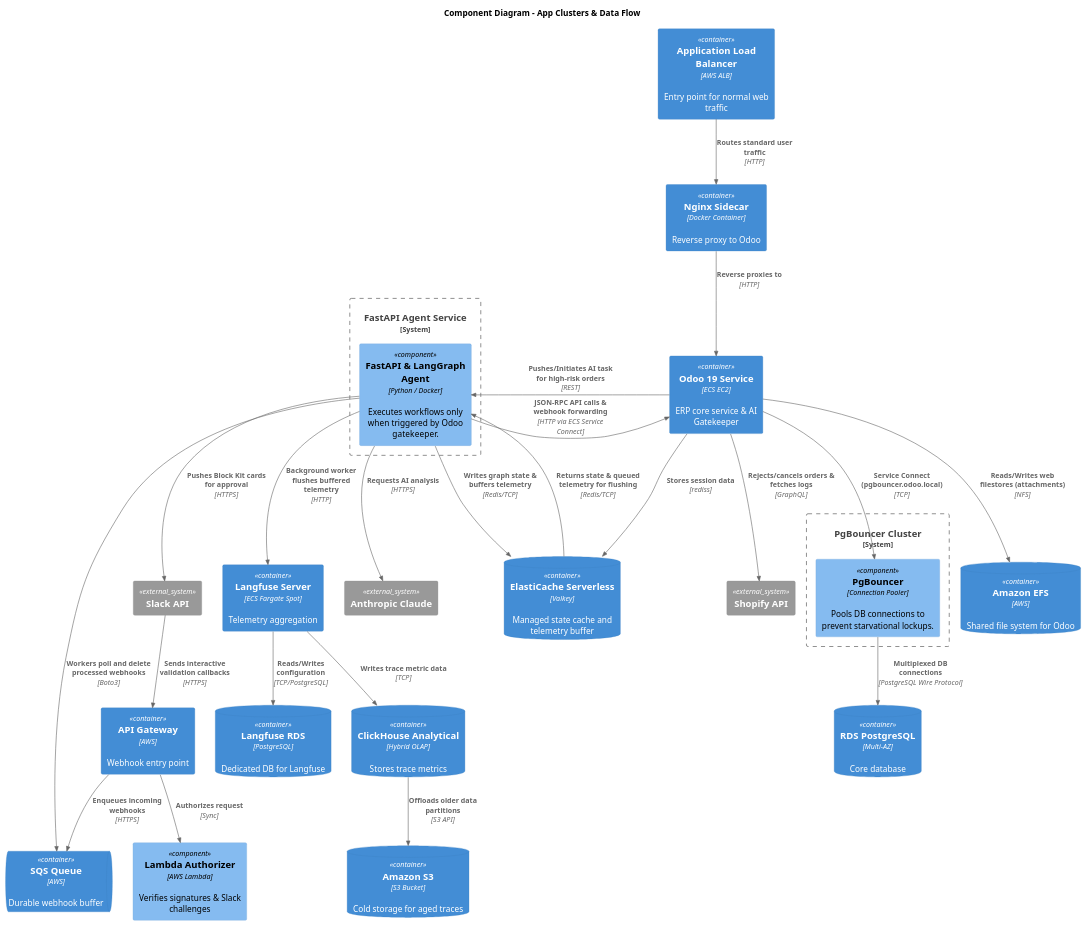
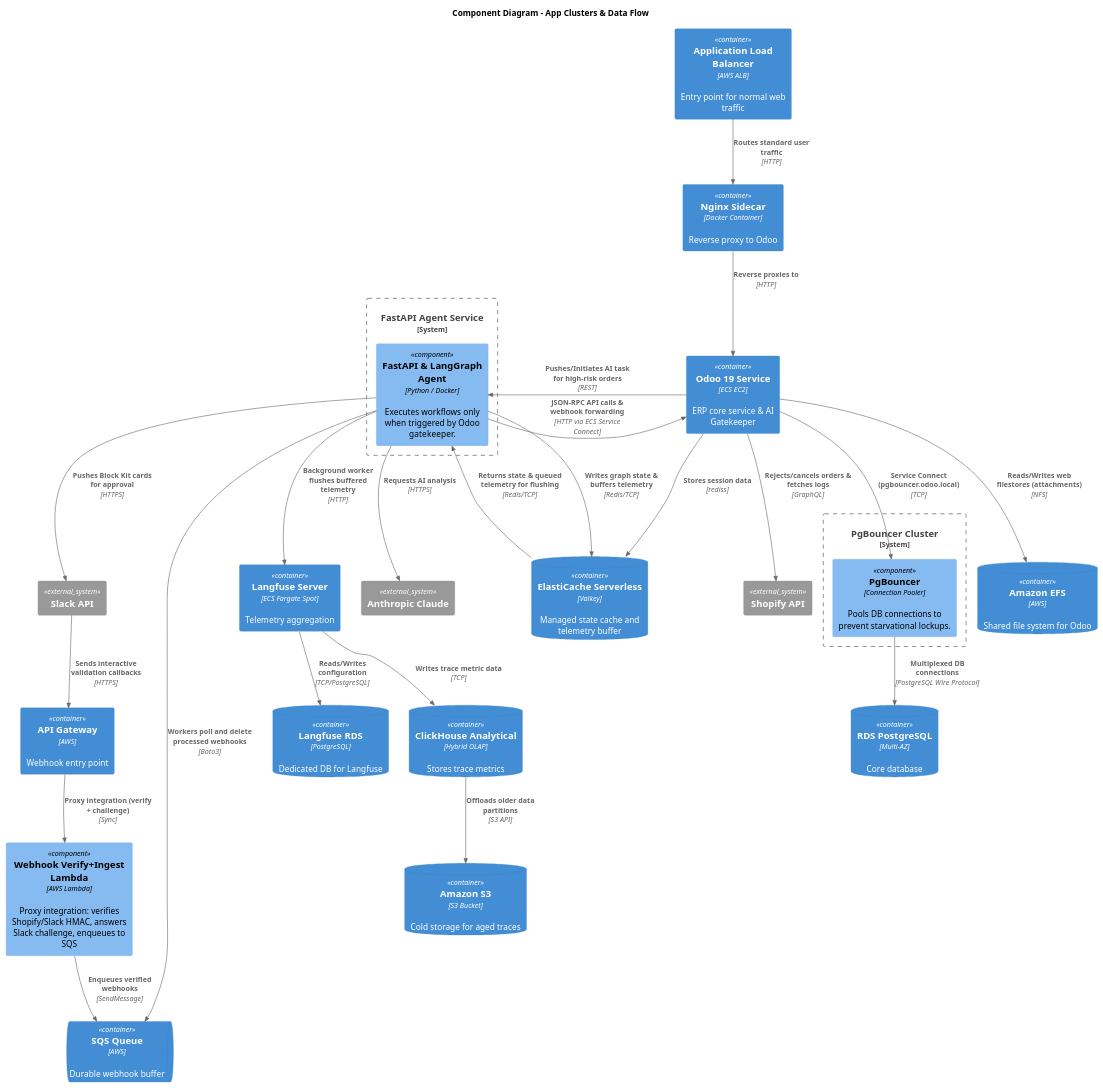
The diagram in docs/C4_Component.puml (jenisrowan/odoo-ai-ops), drawn with PlantUML before and after one commit. The commit also changed 133 other files, not shown here.

```diff
--- a/docs/C4_Component.puml
+++ b/docs/C4_Component.puml
@@ -1,59 +1,59 @@
 @startuml C4_Component
 !include https://raw.githubusercontent.com/plantuml-stdlib/C4-PlantUML/master/C4_Component.puml
 
 title Component Diagram - App Clusters & Data Flow
 
 LAYOUT_TOP_DOWN()
 
 Container(apigw, "API Gateway", "AWS", "Webhook entry point")
-Component(lambda_auth, "Lambda Authorizer", "AWS Lambda", "Verifies signatures & Slack challenges")
+Component(lambda_auth, "Webhook Verify+Ingest Lambda", "AWS Lambda", "Proxy integration: verifies Shopify/Slack HMAC, answers Slack challenge, enqueues to SQS")
 ContainerQueue(sqs, "SQS Queue", "AWS", "Durable webhook buffer")
 Container(alb, "Application Load Balancer", "AWS ALB", "Entry point for normal web traffic")
 Container(nginx, "Nginx Sidecar", "Docker Container", "Reverse proxy to Odoo")
 Container(odoo, "Odoo 19 Service", "ECS EC2", "ERP core service & AI Gatekeeper")
 Container(langfuse, "Langfuse Server", "ECS Fargate Spot", "Telemetry aggregation")
 ContainerDb(clickhouse, "ClickHouse Analytical", "Hybrid OLAP", "Stores trace metrics")
 ContainerDb(rds, "RDS PostgreSQL", "Multi-AZ", "Core database")
 ContainerDb(langfuse_rds, "Langfuse RDS", "PostgreSQL", "Dedicated DB for Langfuse")
 ContainerDb(efs, "Amazon EFS", "AWS", "Shared file system for Odoo")
 ContainerDb(valkey, "ElastiCache Serverless", "Valkey", "Managed state cache and telemetry buffer")
 ContainerDb(s3, "Amazon S3", "S3 Bucket", "Cold storage for aged traces")
 
 System_Boundary(fastapi_cluster, "FastAPI Agent Service") {
     Component(fastapi, "FastAPI & LangGraph Agent", "Python / Docker", "Executes workflows only when triggered by Odoo gatekeeper.")
 }
 
 System_Boundary(pgbouncer_cluster, "PgBouncer Cluster") {
     Component(pgbouncer, "PgBouncer", "Connection Pooler", "Pools DB connections to prevent starvational lockups.")
 }
 
-Rel(apigw, lambda_auth, "Authorizes request", "Sync")
-Rel(apigw, sqs, "Enqueues incoming webhooks", "HTTPS")
+Rel(apigw, lambda_auth, "Proxy integration (verify + challenge)", "Sync")
+Rel(lambda_auth, sqs, "Enqueues verified webhooks", "SendMessage")
 Rel(fastapi, sqs, "Workers poll and delete processed webhooks", "Boto3")
 Rel(alb, nginx, "Routes standard user traffic", "HTTP")
 Rel(nginx, odoo, "Reverse proxies to", "HTTP")
 
 Rel_L(odoo, fastapi, "Pushes/Initiates AI task for high-risk orders", "REST")
 Rel(odoo, pgbouncer, "Service Connect (pgbouncer.odoo.local)", "TCP")
 Rel(odoo, efs, "Reads/Writes web filestores (attachments)", "NFS")
 Rel(odoo, valkey, "Stores session data", "rediss")
 
 Rel(fastapi, valkey, "Writes graph state & buffers telemetry", "Redis/TCP")
 Rel(valkey, fastapi, "Returns state & queued telemetry for flushing", "Redis/TCP")
 Rel_R(fastapi, odoo, "JSON-RPC API calls & webhook forwarding", "HTTP via ECS Service Connect")
 Rel(pgbouncer, rds, "Multiplexed DB connections", "PostgreSQL Wire Protocol")
 
 Rel(fastapi, langfuse, "Background worker flushes buffered telemetry", "HTTP")
 Rel(langfuse, clickhouse, "Writes trace metric data", "TCP")
 Rel(clickhouse, s3, "Offloads older data partitions", "S3 API")
 Rel(langfuse, langfuse_rds, "Reads/Writes configuration", "TCP/PostgreSQL")
 
 System_Ext(anthropic, "Anthropic Claude")
 System_Ext(slack, "Slack API")
 System_Ext(shopify, "Shopify API")
 Rel(fastapi, anthropic, "Requests AI analysis", "HTTPS")
 Rel(fastapi, slack, "Pushes Block Kit cards for approval", "HTTPS")
 Rel(slack, apigw, "Sends interactive validation callbacks", "HTTPS")
 Rel(odoo, shopify, "Rejects/cancels orders & fetches logs", "GraphQL")
 
 @enduml
```
